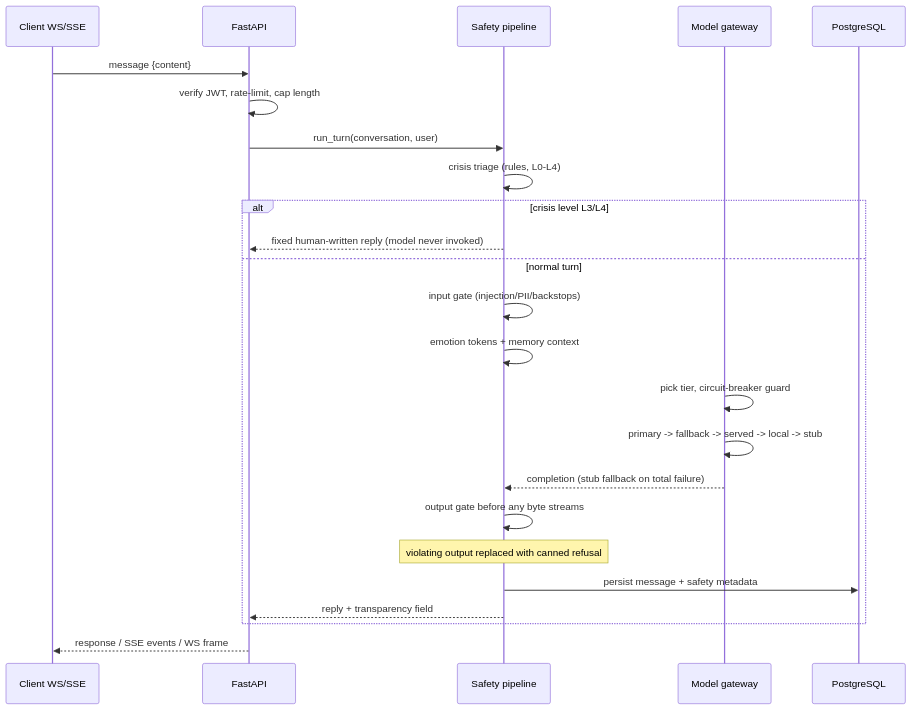
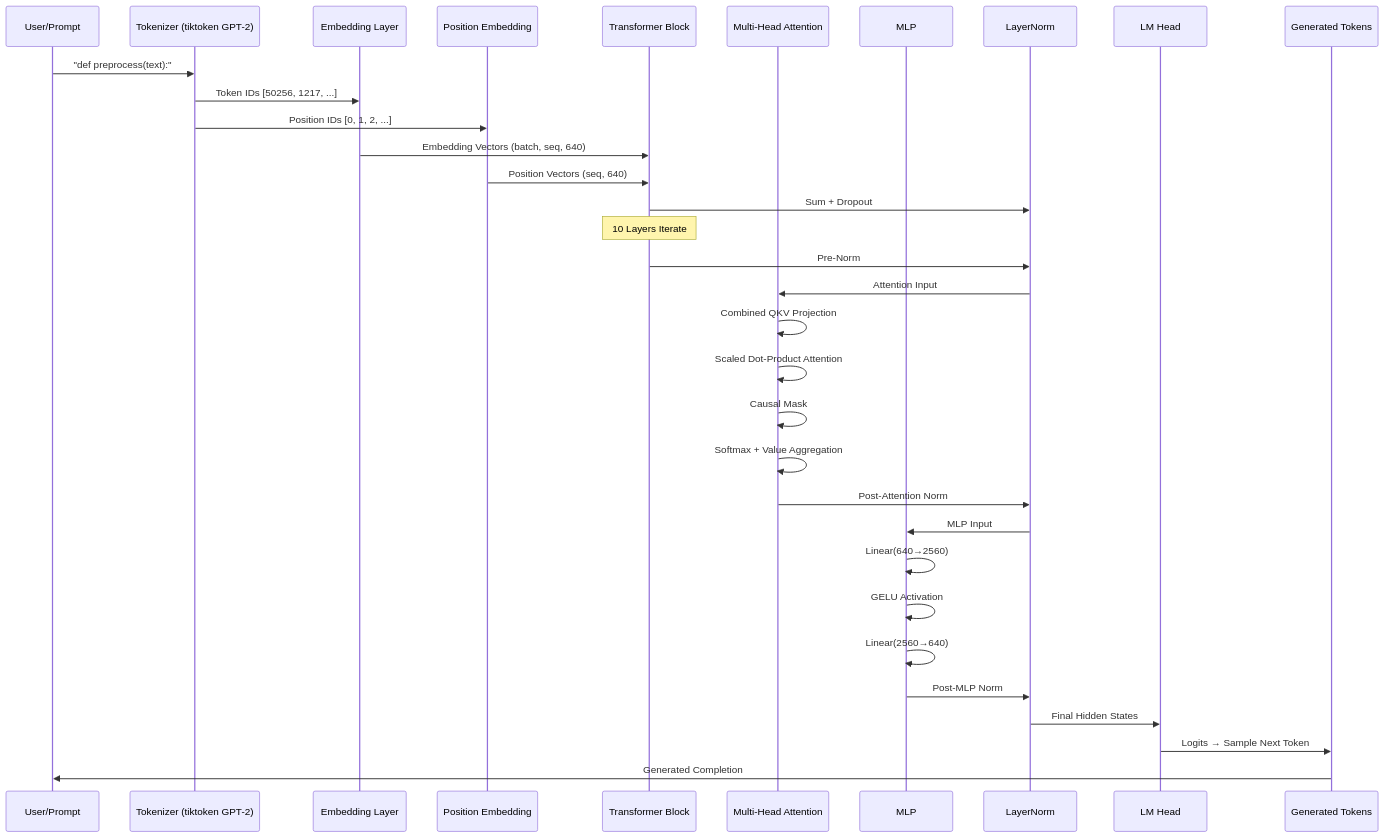
One commit to bharqav/SLM changed the third of 14 diagrams in README.md. Above: the diagram before and after it, drawn with Mermaid. The commit also changed other lines of this file and 240 other files, not shown here.

````diff
--- a/README.md
+++ b/README.md
@@ -71,27 +332,37 @@
 ```mermaid
 sequenceDiagram
-    participant C as Client WS/SSE
-    participant A as FastAPI
-    participant P as Safety pipeline
-    participant G as Model gateway
-    participant D as PostgreSQL
+    participant U as User/Prompt
+    participant T as Tokenizer (tiktoken GPT-2)
+    participant E as Embedding Layer
+    participant P as Position Embedding
+    participant B as Transformer Block
+    participant A as Multi-Head Attention
+    participant M as MLP
+    participant N as LayerNorm
+    participant O as LM Head
+    participant R as Generated Tokens
 
-    C->>A: message {content}
-    A->>A: verify JWT, rate-limit, cap length
-    A->>P: run_turn(conversation, user)
-    P->>P: crisis triage (rules, L0-L4)
-    alt crisis level L3/L4
-        P-->>A: fixed human-written reply (model never invoked)
-    else normal turn
-        P->>P: input gate (injection/PII/backstops)
-        P->>P: emotion tokens + memory context
-        G->>G: pick tier, circuit-breaker guard
-        G->>G: primary -> fallback -> served -> local -> stub
-        G-->>P: completion (stub fallback on total failure)
-        P->>P: output gate before any byte streams
-        Note over P: violating output replaced with canned refusal
-        P->>D: persist message + safety metadata
-        P-->>A: reply + transparency field
-    end
-    A-->>C: response / SSE events / WS frame
+    U->>T: "def preprocess(text):"
+    T->>E: Token IDs [50256, 1217, ...]
+    T->>P: Position IDs [0, 1, 2, ...]
+    E->>B: Embedding Vectors (batch, seq, 640)
+    P->>B: Position Vectors (seq, 640)
+    B->>N: Sum + Dropout
+
+    Note over B: 10 Layers Iterate
+    B->>N: Pre-Norm
+    N->>A: Attention Input
+    A->>A: Combined QKV Projection
+    A->>A: Scaled Dot-Product Attention
+    A->>A: Causal Mask
+    A->>A: Softmax + Value Aggregation
+    A->>N: Post-Attention Norm
+    N->>M: MLP Input
+    M->>M: Linear(640→2560)
+    M->>M: GELU Activation
+    M->>M: Linear(2560→640)
+    M->>N: Post-MLP Norm
+    N->>O: Final Hidden States
+    O->>R: Logits → Sample Next Token
+    R->>U: Generated Completion
 ```
````
